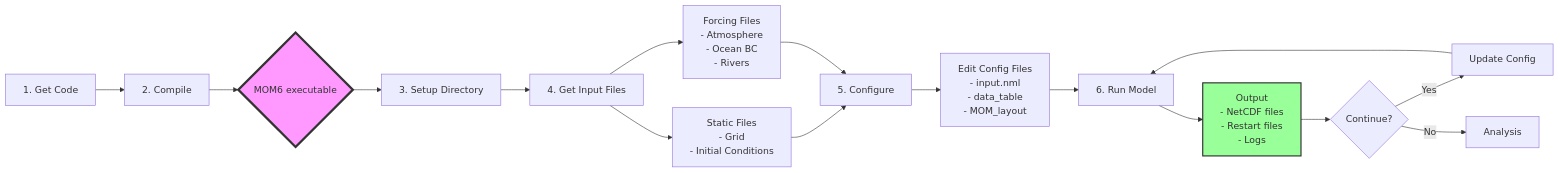
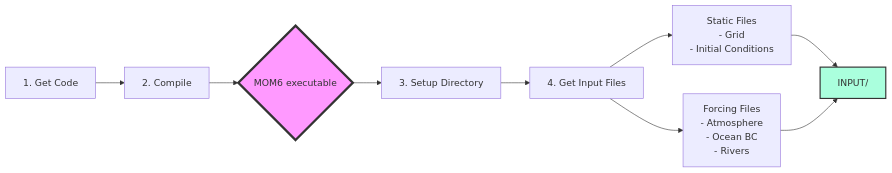
One commit to dksasaki/MOM6_COBALT_NEUS25 changed the first of 7 diagrams in exps/NEUS25.COBALT/README2.md. Above: the diagram before and after it, drawn with Mermaid. The commit also changed other lines of this file, not shown here.

Commit message:
breaking flow chart in two

````diff
--- a/exps/NEUS25.COBALT/README2.md
+++ b/exps/NEUS25.COBALT/README2.md
@@ -9,26 +10,16 @@
 ```mermaid
 flowchart LR
     A[1. Get Code] --> B[2. Compile]
     B --> C{MOM6 executable}
     C --> D[3. Setup Directory]
     
     D --> E[4. Get Input Files]
     E --> F[Static Files<br/>- Grid<br/>- Initial Conditions]
     E --> G[Forcing Files<br/>- Atmosphere<br/>- Ocean BC<br/>- Rivers]
     
-    F --> H[5. Configure]
+    F --> H[INPUT/]
     G --> H
     
-    H --> I[Edit Config Files<br/>- input.nml<br/>- data_table<br/>- MOM_layout]
-    
-    I --> J[6. Run Model]
-    J --> K[Output<br/>- NetCDF files<br/>- Restart files<br/>- Logs]
-    
-    K --> L{Continue?}
-    L -->|Yes| M[Update Config]
-    M --> J
-    L -->|No| N[Analysis]
-    
     style C fill:#f9f,stroke:#333,stroke-width:4px
-    style K fill:#9f9,stroke:#333,stroke-width:2px
+    style H fill:#afd,stroke:#333,stroke-width:2px
 ```
````
